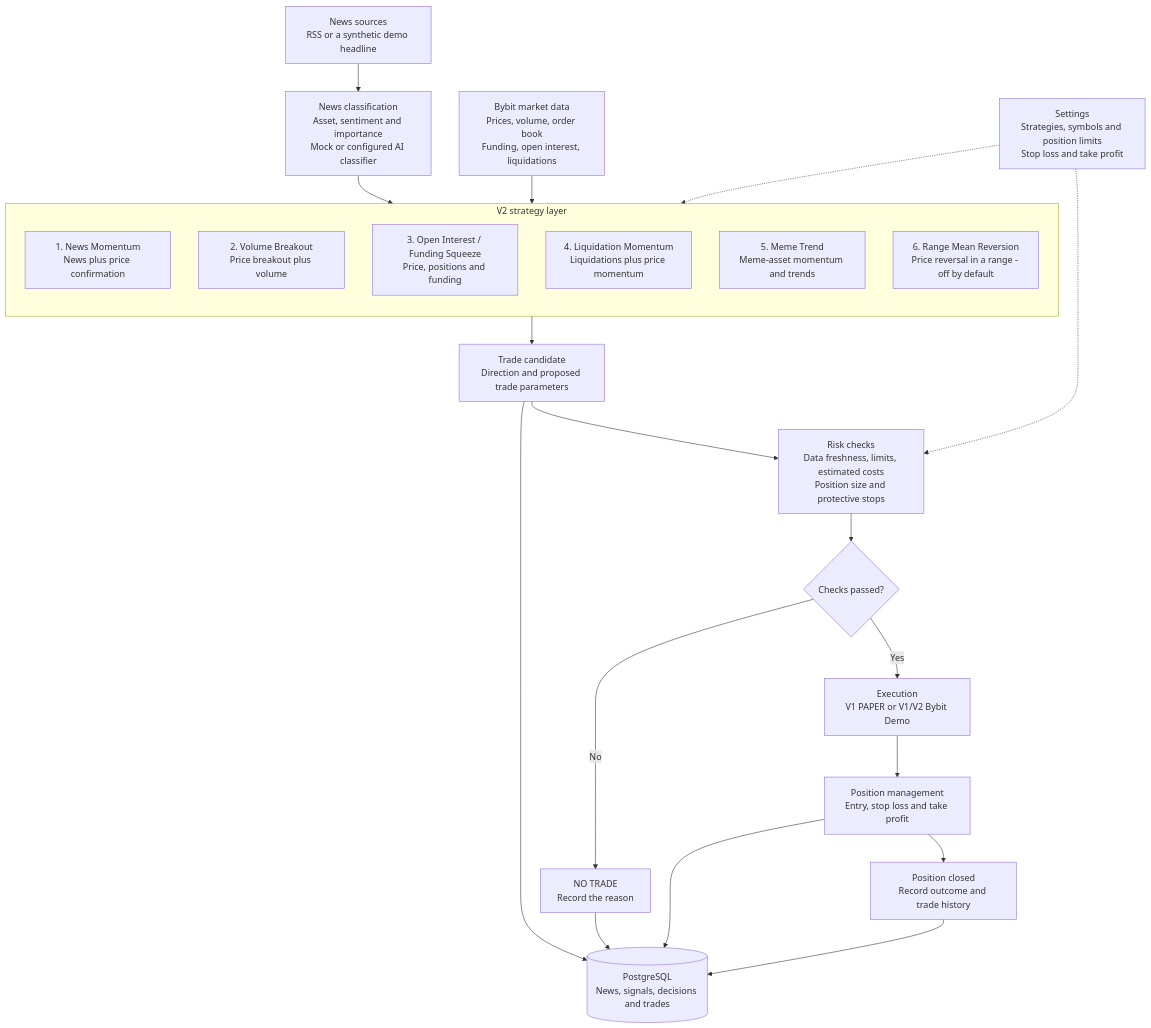
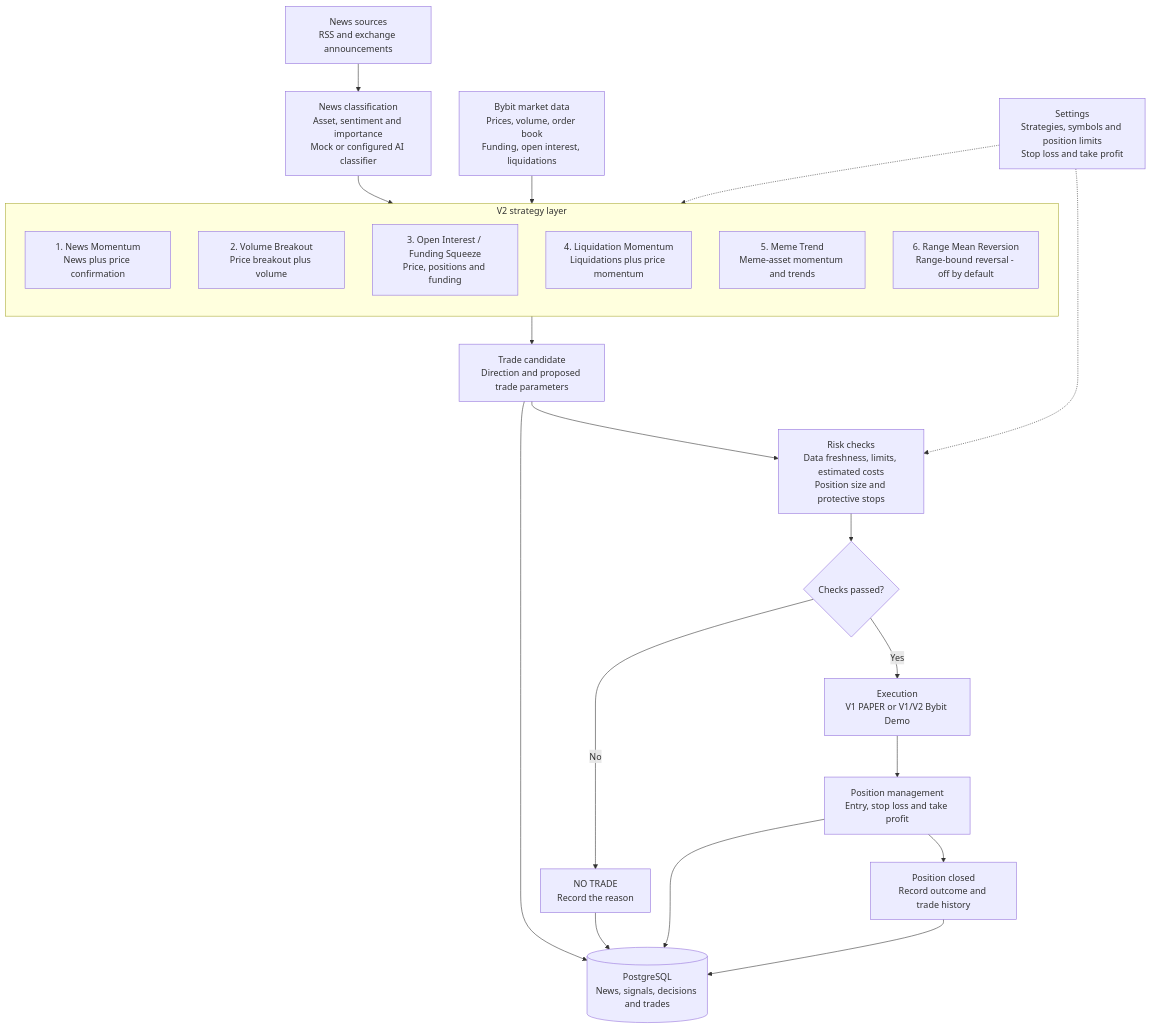
One commit to dorovladcodex/bybot_pub changed the diagram in README.md. Above: the diagram before and after it, drawn with Mermaid. The commit also changed other lines of this file, not shown here.

Commit message:
Explain ByBot architecture and strategies

````diff
--- a/README.md
+++ b/README.md
@@ -16,36 +16,36 @@
 ```mermaid
 flowchart TD
     Settings["Settings<br/>Strategies, symbols and position limits<br/>Stop loss and take profit"]
-    News["News sources<br/>RSS or a synthetic demo headline"]
+    News["News sources<br/>RSS and exchange announcements"]
     Market["Bybit market data<br/>Prices, volume, order book<br/>Funding, open interest, liquidations"]
     Classifier["News classification<br/>Asset, sentiment and importance<br/>Mock or configured AI classifier"]
 
     News --> Classifier
     Classifier --> NewsMomentum
     Market --> Strategies
     Settings -.-> Strategies
 
     subgraph Strategies["V2 strategy layer"]
         direction TB
         NewsMomentum["1. News Momentum<br/>News plus price confirmation"]
         Volume["2. Volume Breakout<br/>Price breakout plus volume"]
         Funding["3. Open Interest / Funding Squeeze<br/>Price, positions and funding"]
         Liquidation["4. Liquidation Momentum<br/>Liquidations plus price momentum"]
         Meme["5. Meme Trend<br/>Meme-asset momentum and trends"]
-        Range["6. Range Mean Reversion<br/>Price reversal in a range - off by default"]
+        Range["6. Range Mean Reversion<br/>Range-bound reversal - off by default"]
     end
 
     Strategies --> Candidate["Trade candidate<br/>Direction and proposed trade parameters"]
     Candidate --> Risk["Risk checks<br/>Data freshness, limits, estimated costs<br/>Position size and protective stops"]
     Settings -.-> Risk
     Risk --> Decision{"Checks passed?"}
     Decision -->|"No"| NoTrade["NO TRADE<br/>Record the reason"]
     Decision -->|"Yes"| Execute["Execution<br/>V1 PAPER or V1/V2 Bybit Demo"]
     Execute --> Position["Position management<br/>Entry, stop loss and take profit"]
     Position --> Close["Position closed<br/>Record outcome and trade history"]
 
     Candidate --> Database[("PostgreSQL<br/>News, signals, decisions and trades")]
     NoTrade --> Database
     Position --> Database
     Close --> Database
 ```
````
